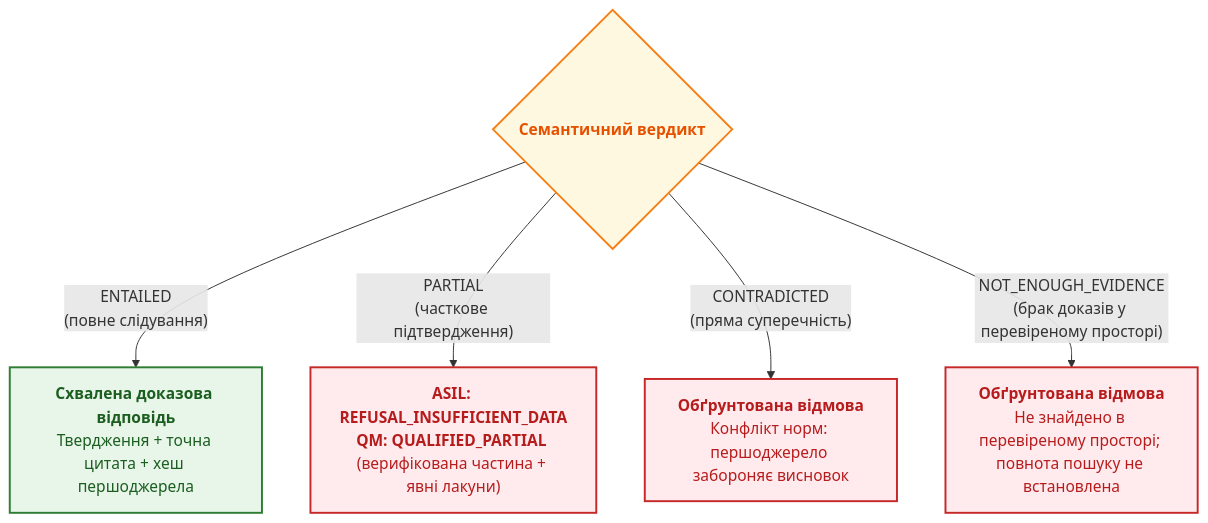
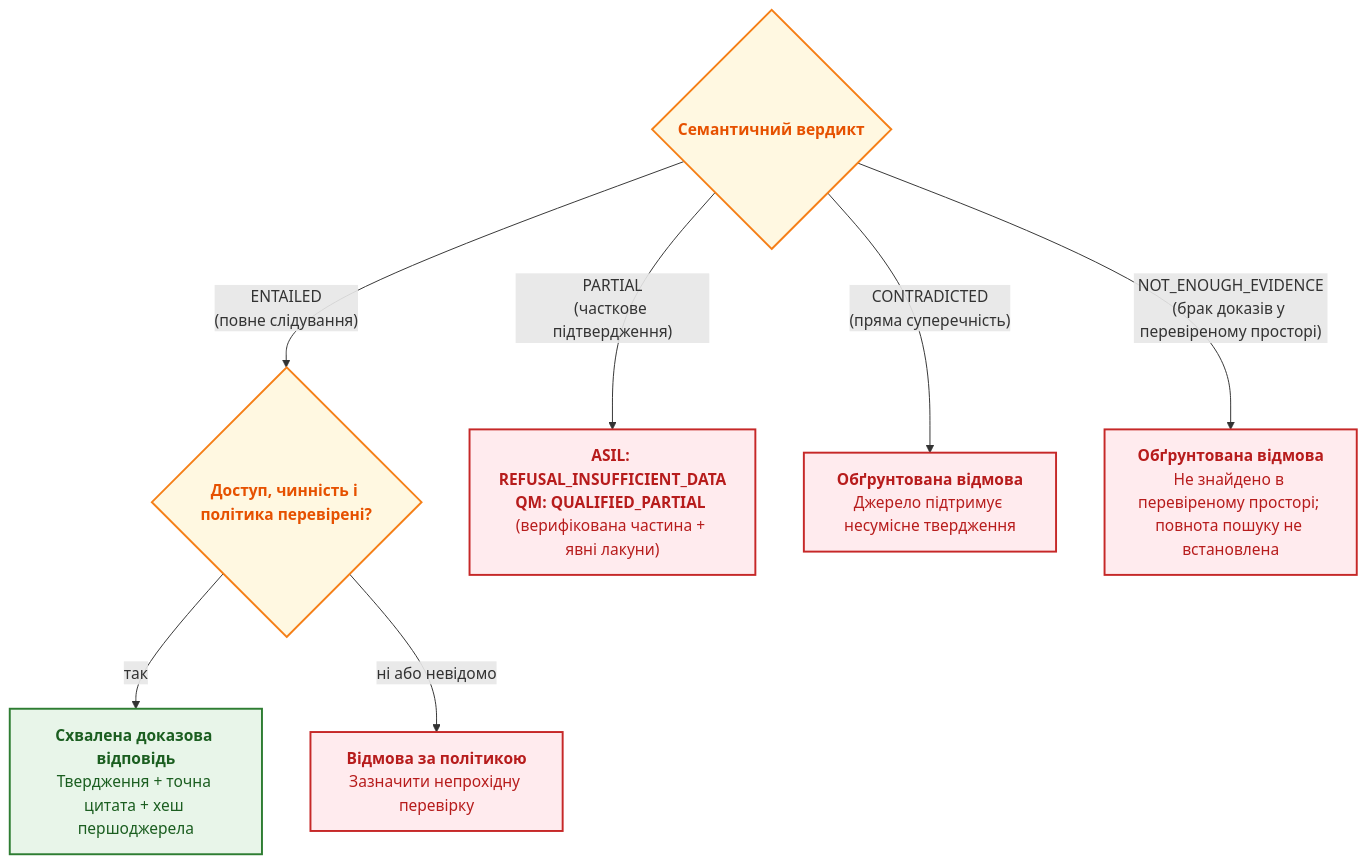
Before and after one commit to nick-fedchik/articles: the sixth of 8 diagrams in ExpertSystem/ch19-from-question-to-evidence.md, drawn with Mermaid. The commit also changed other lines of this file and 7 other files, not shown here.

````diff
--- a/ExpertSystem/ch19-from-question-to-evidence.md
+++ b/ExpertSystem/ch19-from-question-to-evidence.md
@@ -901,19 +1000,21 @@
 ```mermaid
 flowchart TD
     accTitle: Чотиризначний шлюз перевірки доказу твердження
-    accDescr: Статус ENTAILED веде до схваленої відповіді, PARTIAL розгалужується за профілем безпеки на REFUSAL_INSUFFICIENT_DATA (ASIL) або QUALIFIED_PARTIAL (QM), а CONTRADICTED та NOT_ENOUGH_EVIDENCE переходять у стан безпечної відмови.
+    accDescr: ENTAILED веде до перевірки політики доступу й чинності, а не прямо до відповіді. PARTIAL допускає лише окремо перевірену підмножину за дорадчою політикою; суперечність і брак даних блокують початковий висновок.
 
     V{"<b>Семантичний вердикт</b>"}
-    V -->|"ENTAILED<br/>(повне слідування)"| OK["<b>Схвалена доказова відповідь</b><br/>Твердження + точна цитата + хеш першоджерела"]
+    V -->|"ENTAILED<br/>(повне слідування)"| POLICY{"<b>Доступ, чинність і політика перевірені?</b>"}
+    POLICY -->|"так"| OK["<b>Схвалена доказова відповідь</b><br/>Твердження + точна цитата + хеш першоджерела"]
+    POLICY -->|"ні або невідомо"| REF4["<b>Відмова за політикою</b><br/>Зазначити непрохідну перевірку"]
     V -->|"PARTIAL<br/>(часткове підтвердження)"| REF1["<b>ASIL: REFUSAL_INSUFFICIENT_DATA</b><br/><b>QM: QUALIFIED_PARTIAL</b> (верифікована частина + явні лакуни)"]
-    V -->|"CONTRADICTED<br/>(пряма суперечність)"| REF2["<b>Обґрунтована відмова</b><br/>Конфлікт норм: першоджерело забороняє висновок"]
-	V -->|"NOT_ENOUGH_EVIDENCE<br/>(брак доказів у перевіреному просторі)"| REF3["<b>Обґрунтована відмова</b><br/>Не знайдено в перевіреному просторі; повнота пошуку не встановлена"]
+    V -->|"CONTRADICTED<br/>(пряма суперечність)"| REF2["<b>Обґрунтована відмова</b><br/>Джерело підтримує несумісне твердження"]
+    V -->|"NOT_ENOUGH_EVIDENCE<br/>(брак доказів у перевіреному просторі)"| REF3["<b>Обґрунтована відмова</b><br/>Не знайдено в перевіреному просторі; повнота пошуку не встановлена"]
 
     classDef ok fill:#e8f5e9,stroke:#2e7d32,stroke-width:2px,color:#1b5e20;
     classDef gate fill:#fff8e1,stroke:#f57f17,stroke-width:2px,color:#e65100;
     classDef no fill:#ffebee,stroke:#c62828,stroke-width:2px,color:#b71c1c;
 
-    class V gate;
+	class V,POLICY gate;
     class OK ok;
-    class REF1,REF2,REF3 no;
+	class REF1,REF2,REF3,REF4 no;
 ```
````
